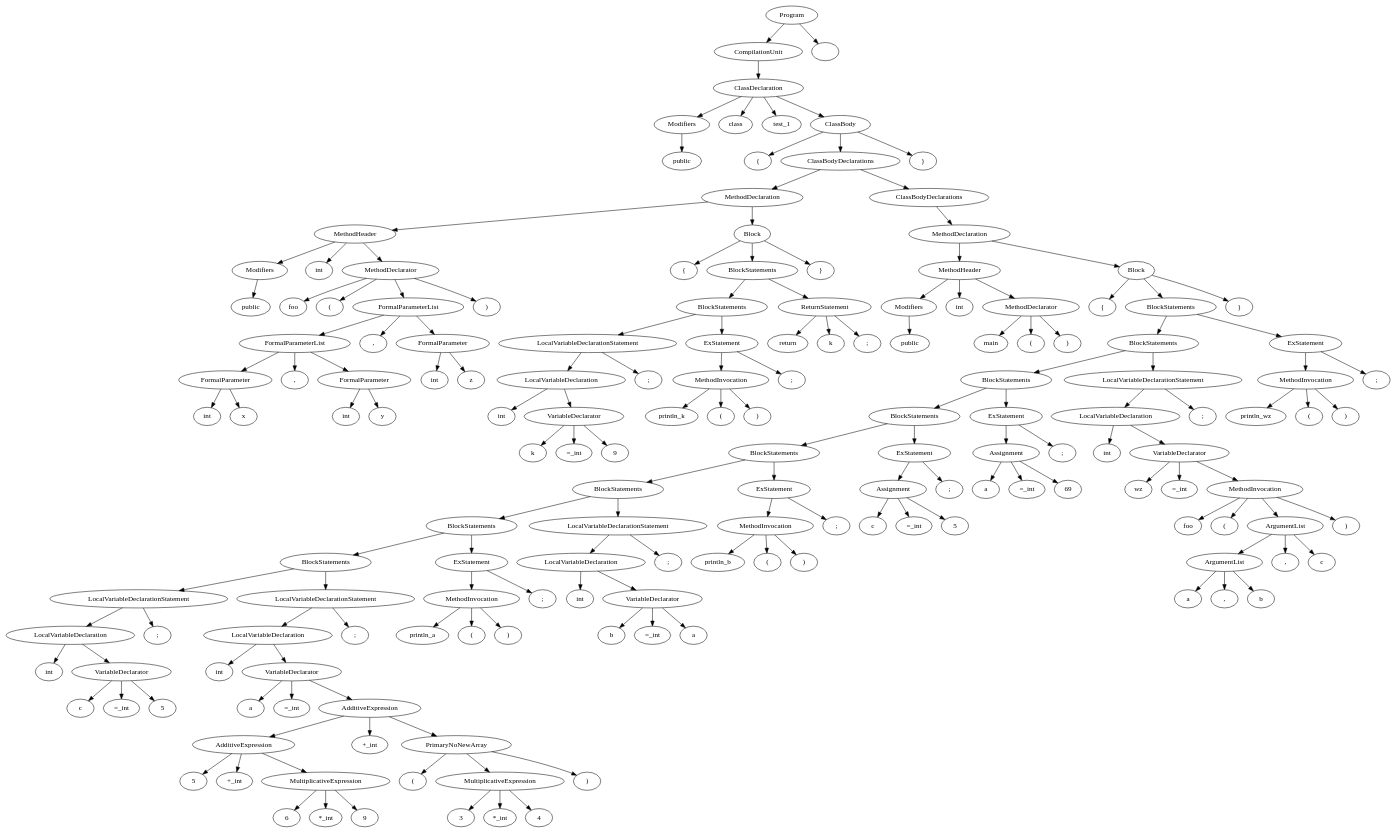
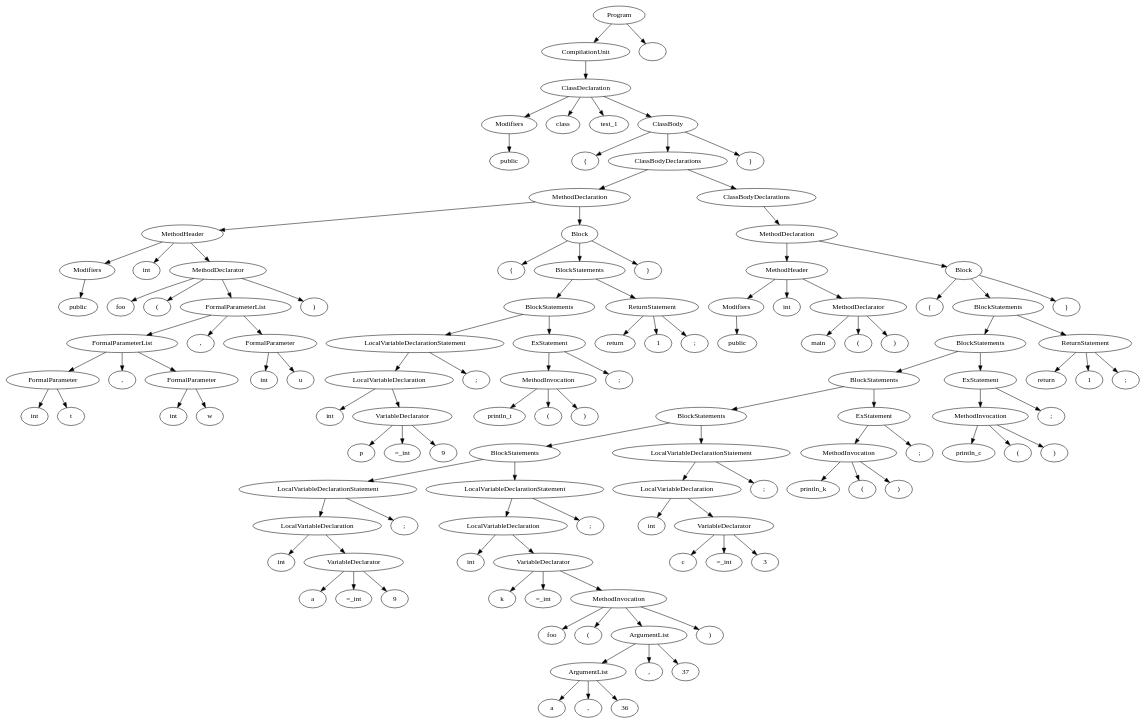
One commit to sandeepb20/Milestone changed the diagram in cs335_project_200530/src/out.dot. Above: the diagram before and after it, drawn with Graphviz. The commit also changed 7 other files, not shown here.

```diff
--- a/cs335_project_200530/src/out.dot
+++ b/cs335_project_200530/src/out.dot
@@ -12,13 +12,13 @@
 n9 [label="foo"]
 n10 [label="("]
 n11 [label="int"]
-n12 [label="x"]
+n12 [label="t"]
 n13 [label="FormalParameter"]
 n13->n12;
 n13->n11;
 n14 [label=","]
 n15 [label="int"]
-n16 [label="y"]
+n16 [label="w"]
 n17 [label="FormalParameter"]
 n17->n16;
 n17->n15;
@@ -28,7 +28,7 @@
 n18->n13;
 n19 [label=","]
 n20 [label="int"]
-n21 [label="z"]
+n21 [label="u"]
 n22 [label="FormalParameter"]
 n22->n21;
 n22->n20;
@@ -48,7 +48,7 @@
 n26->n7;
 n27 [label="{"]
 n28 [label="int"]
-n29 [label="k"]
+n29 [label="p"]
 n30 [label="=_int"]
 n31 [label="9"]
 n32 [label="VariableDeclarator"]
@@ -62,7 +62,7 @@
 n35 [label="LocalVariableDeclarationStatement"]
 n35->n34;
 n35->n33;
-n36 [label="println_k"]
+n36 [label="println_t"]
 n37 [label="("]
 n38 [label=")"]
 n39 [label="MethodInvocation"]
@@ -77,7 +77,7 @@
 n42->n41;
 n42->n35;
 n43 [label="return"]
-n44 [label="k"]
+n44 [label="1"]
 n45 [label=";"]
 n46 [label="ReturnStatement"]
 n46->n45;
@@ -111,9 +111,9 @@
 n58->n52;
 n59 [label="{"]
 n60 [label="int"]
-n61 [label="c"]
+n61 [label="a"]
 n62 [label="=_int"]
-n63 [label="5"]
+n63 [label="9"]
 n64 [label="VariableDeclarator"]
 n64->n63;
 n64->n62;
@@ -126,206 +126,126 @@
 n67->n66;
 n67->n65;
 n68 [label="int"]
-n69 [label="a"]
+n69 [label="k"]
 n70 [label="=_int"]
-n71 [label="5"]
-n72 [label="+_int"]
-n73 [label="6"]
-n74 [label="*_int"]
-n75 [label="9"]
-n76 [label="MultiplicativeExpression"]
+n71 [label="foo"]
+n72 [label="("]
+n73 [label="a"]
+n74 [label=","]
+n75 [label="36"]
+n76 [label="ArgumentList"]
 n76->n75;
 n76->n74;
 n76->n73;
-n77 [label="AdditiveExpression"]
-n77->n76;
-n77->n72;
-n77->n71;
-n78 [label="+_int"]
-n79 [label="("]
-n80 [label="3"]
-n81 [label="*_int"]
-n82 [label="4"]
-n83 [label="MultiplicativeExpression"]
+n77 [label=","]
+n78 [label="37"]
+n79 [label="ArgumentList"]
+n79->n78;
+n79->n77;
+n79->n76;
+n80 [label=")"]
+n81 [label="MethodInvocation"]
+n81->n80;
+n81->n79;
+n81->n72;
+n81->n71;
+n82 [label="VariableDeclarator"]
+n82->n81;
+n82->n70;
+n82->n69;
+n83 [label="LocalVariableDeclaration"]
 n83->n82;
-n83->n81;
-n83->n80;
-n84 [label=")"]
-n85 [label="PrimaryNoNewArray"]
+n83->n68;
+n84 [label=";"]
+n85 [label="LocalVariableDeclarationStatement"]
 n85->n84;
 n85->n83;
-n85->n79;
-n86 [label="AdditiveExpression"]
+n86 [label="BlockStatements"]
 n86->n85;
-n86->n78;
-n86->n77;
-n87 [label="VariableDeclarator"]
-n87->n86;
-n87->n70;
-n87->n69;
-n88 [label="LocalVariableDeclaration"]
-n88->n87;
-n88->n68;
-n89 [label=";"]
-n90 [label="LocalVariableDeclarationStatement"]
-n90->n89;
-n90->n88;
-n91 [label="BlockStatements"]
+n86->n67;
+n87 [label="int"]
+n88 [label="c"]
+n89 [label="=_int"]
+n90 [label="3"]
+n91 [label="VariableDeclarator"]
 n91->n90;
-n91->n67;
-n92 [label="println_a"]
-n93 [label="("]
-n94 [label=")"]
-n95 [label="MethodInvocation"]
+n91->n89;
+n91->n88;
+n92 [label="LocalVariableDeclaration"]
+n92->n91;
+n92->n87;
+n93 [label=";"]
+n94 [label="LocalVariableDeclarationStatement"]
+n94->n93;
+n94->n92;
+n95 [label="BlockStatements"]
 n95->n94;
-n95->n93;
-n95->n92;
-n96 [label=";"]
-n97 [label="ExStatement"]
-n97->n96;
-n97->n95;
-n98 [label="BlockStatements"]
-n98->n97;
-n98->n91;
-n99 [label="int"]
-n100 [label="b"]
-n101 [label="=_int"]
-n102 [label="a"]
-n103 [label="VariableDeclarator"]
-n103->n102;
-n103->n101;
-n103->n100;
-n104 [label="LocalVariableDeclaration"]
-n104->n103;
-n104->n99;
-n105 [label=";"]
-n106 [label="LocalVariableDeclarationStatement"]
+n95->n86;
+n96 [label="println_k"]
+n97 [label="("]
+n98 [label=")"]
+n99 [label="MethodInvocation"]
+n99->n98;
+n99->n97;
+n99->n96;
+n100 [label=";"]
+n101 [label="ExStatement"]
+n101->n100;
+n101->n99;
+n102 [label="BlockStatements"]
+n102->n101;
+n102->n95;
+n103 [label="println_c"]
+n104 [label="("]
+n105 [label=")"]
+n106 [label="MethodInvocation"]
 n106->n105;
 n106->n104;
-n107 [label="BlockStatements"]
-n107->n106;
-n107->n98;
-n108 [label="println_b"]
-n109 [label="("]
-n110 [label=")"]
-n111 [label="MethodInvocation"]
-n111->n110;
-n111->n109;
-n111->n108;
+n106->n103;
+n107 [label=";"]
+n108 [label="ExStatement"]
+n108->n107;
+n108->n106;
+n109 [label="BlockStatements"]
+n109->n108;
+n109->n102;
+n110 [label="return"]
+n111 [label="1"]
 n112 [label=";"]
-n113 [label="ExStatement"]
+n113 [label="ReturnStatement"]
 n113->n112;
 n113->n111;
+n113->n110;
 n114 [label="BlockStatements"]
 n114->n113;
-n114->n107;
-n115 [label="c"]
-n116 [label="=_int"]
-n117 [label="5"]
-n118 [label="Assignment"]
+n114->n109;
+n115 [label="}"]
+n116 [label="Block"]
+n116->n115;
+n116->n114;
+n116->n59;
+n117 [label="MethodDeclaration"]
+n117->n116;
+n117->n58;
+n118 [label="ClassBodyDeclarations"]
 n118->n117;
-n118->n116;
-n118->n115;
-n119 [label=";"]
-n120 [label="ExStatement"]
-n120->n119;
-n120->n118;
-n121 [label="BlockStatements"]
+n119 [label="ClassBodyDeclarations"]
+n119->n118;
+n119->n50;
+n120 [label="}"]
+n121 [label="ClassBody"]
 n121->n120;
-n121->n114;
-n122 [label="a"]
-n123 [label="=_int"]
-n124 [label="69"]
-n125 [label="Assignment"]
-n125->n124;
-n125->n123;
-n125->n122;
-n126 [label=";"]
-n127 [label="ExStatement"]
-n127->n126;
-n127->n125;
-n128 [label="BlockStatements"]
-n128->n127;
-n128->n121;
-n129 [label="int"]
-n130 [label="wz"]
-n131 [label="=_int"]
-n132 [label="foo"]
-n133 [label="("]
-n134 [label="a"]
-n135 [label=","]
-n136 [label="b"]
-n137 [label="ArgumentList"]
-n137->n136;
-n137->n135;
-n137->n134;
-n138 [label=","]
-n139 [label="c"]
-n140 [label="ArgumentList"]
-n140->n139;
-n140->n138;
-n140->n137;
-n141 [label=")"]
-n142 [label="MethodInvocation"]
-n142->n141;
-n142->n140;
-n142->n133;
-n142->n132;
-n143 [label="VariableDeclarator"]
-n143->n142;
-n143->n131;
-n143->n130;
-n144 [label="LocalVariableDeclaration"]
-n144->n143;
-n144->n129;
-n145 [label=";"]
-n146 [label="LocalVariableDeclarationStatement"]
-n146->n145;
-n146->n144;
-n147 [label="BlockStatements"]
-n147->n146;
-n147->n128;
-n148 [label="println_wz"]
-n149 [label="("]
-n150 [label=")"]
-n151 [label="MethodInvocation"]
-n151->n150;
-n151->n149;
-n151->n148;
-n152 [label=";"]
-n153 [label="ExStatement"]
-n153->n152;
-n153->n151;
-n154 [label="BlockStatements"]
-n154->n153;
-n154->n147;
-n155 [label="}"]
-n156 [label="Block"]
-n156->n155;
-n156->n154;
-n156->n59;
-n157 [label="MethodDeclaration"]
-n157->n156;
-n157->n58;
-n158 [label="ClassBodyDeclarations"]
-n158->n157;
-n159 [label="ClassBodyDeclarations"]
-n159->n158;
-n159->n50;
-n160 [label="}"]
-n161 [label="ClassBody"]
-n161->n160;
-n161->n159;
-n161->n5;
-n162 [label="ClassDeclaration"]
-n162->n161;
-n162->n4;
-n162->n3;
-n162->n2;
-n163 [label="CompilationUnit"]
-n163->n162;
-n164 [label="Program"]
-n164->n165;
-n164->n163;
-n165 [label=""]
+n121->n119;
+n121->n5;
+n122 [label="ClassDeclaration"]
+n122->n121;
+n122->n4;
+n122->n3;
+n122->n2;
+n123 [label="CompilationUnit"]
+n123->n122;
+n124 [label="Program"]
+n124->n125;
+n124->n123;
+n125 [label=""]
 }
```
